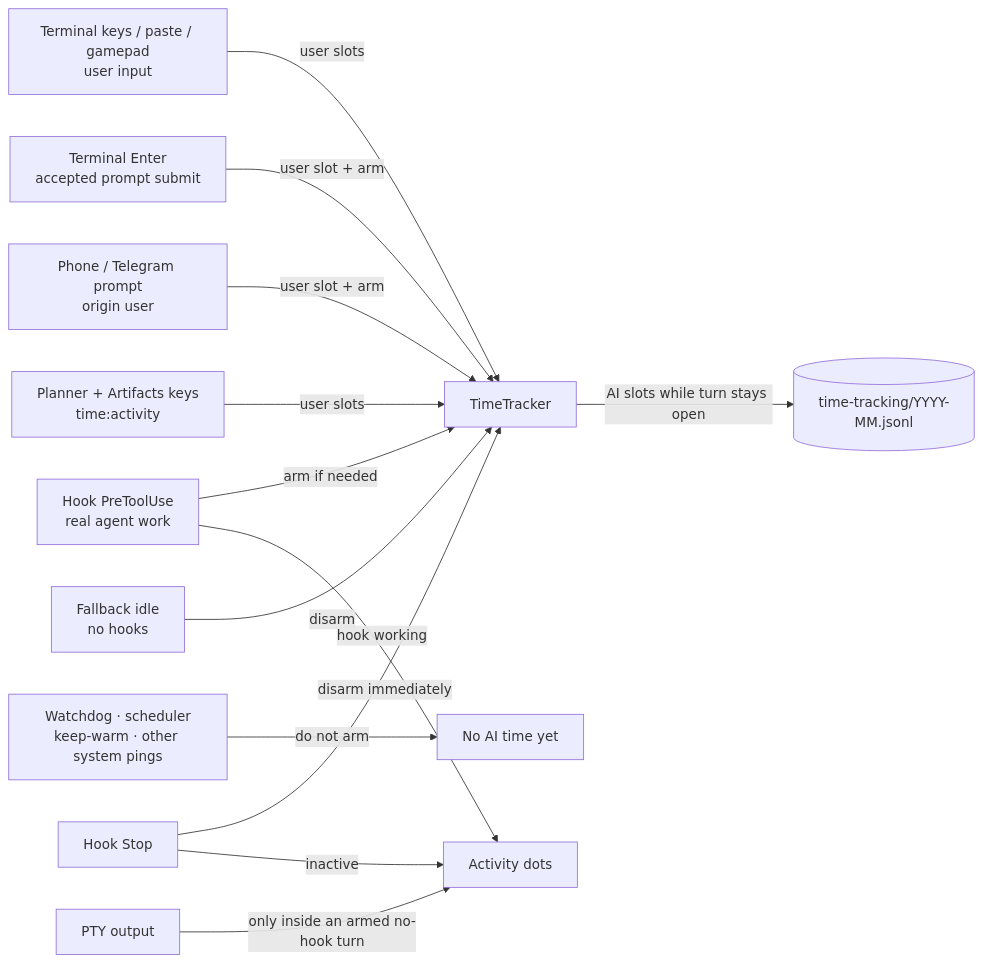
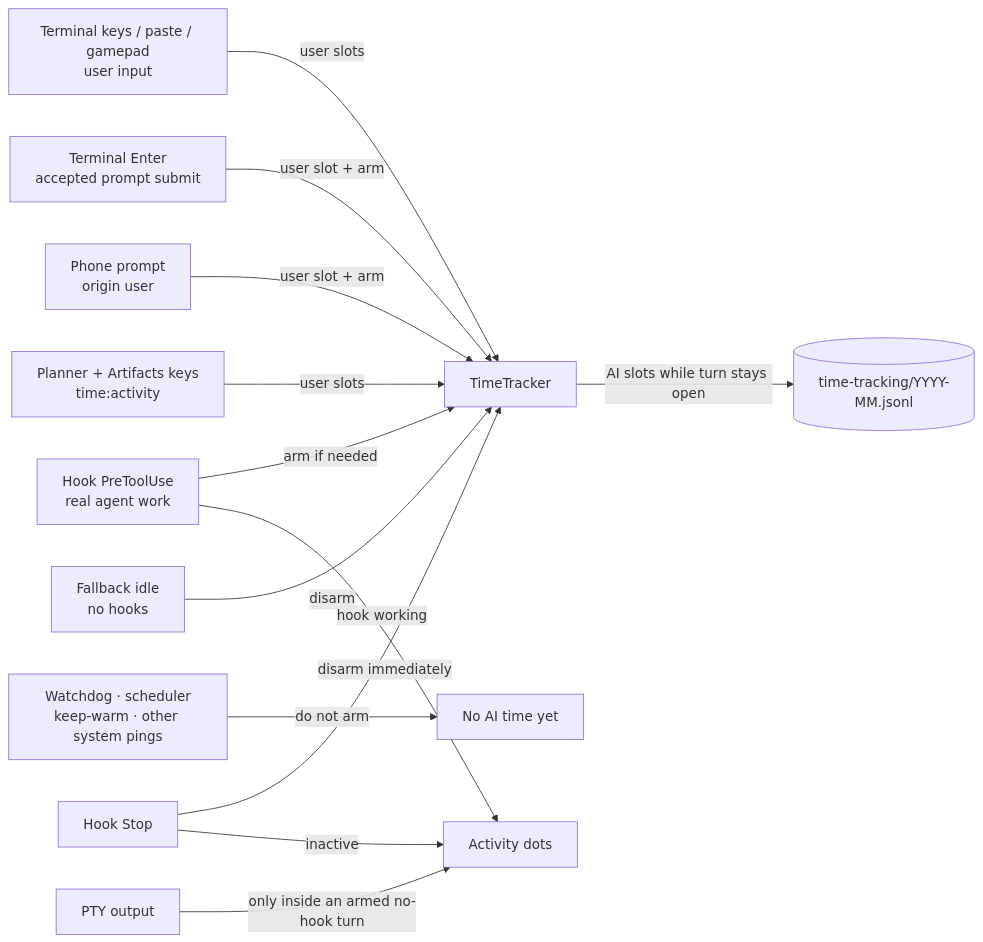
The first of 3 diagrams in docs/time-tracking.md (PetePeter/helm), drawn with Mermaid before and after one commit. The commit also changed other lines of this file and 35 other files, not shown here.

````diff
--- a/docs/time-tracking.md
+++ b/docs/time-tracking.md
@@ -11,15 +11,15 @@
 ```mermaid
 flowchart LR
     K[Terminal keys / paste / gamepad<br/>user input] -->|user slots| TT[TimeTracker]
     E[Terminal Enter<br/>accepted prompt submit] -->|user slot + arm| TT
-    P[Phone / Telegram prompt<br/>origin user] -->|user slot + arm| TT
+    P[Phone prompt<br/>origin user] -->|user slot + arm| TT
     PA[Planner + Artifacts keys<br/>time:activity] -->|user slots| TT
     S[Watchdog · scheduler<br/>keep-warm · other system pings] -->|do not arm| X[No AI time yet]
     H[Hook PreToolUse<br/>real agent work] -->|arm if needed| TT
     TT -->|AI slots while turn stays open| J[(time-tracking/YYYY-MM.jsonl)]
     STOP[Hook Stop] -->|disarm immediately| TT
     IDLE[Fallback idle<br/>no hooks] -->|disarm| TT
     H -->|hook working| D[Activity dots]
     STOP -->|inactive| D
     O[PTY output] -->|only inside an armed no-hook turn| D
 ```
````
